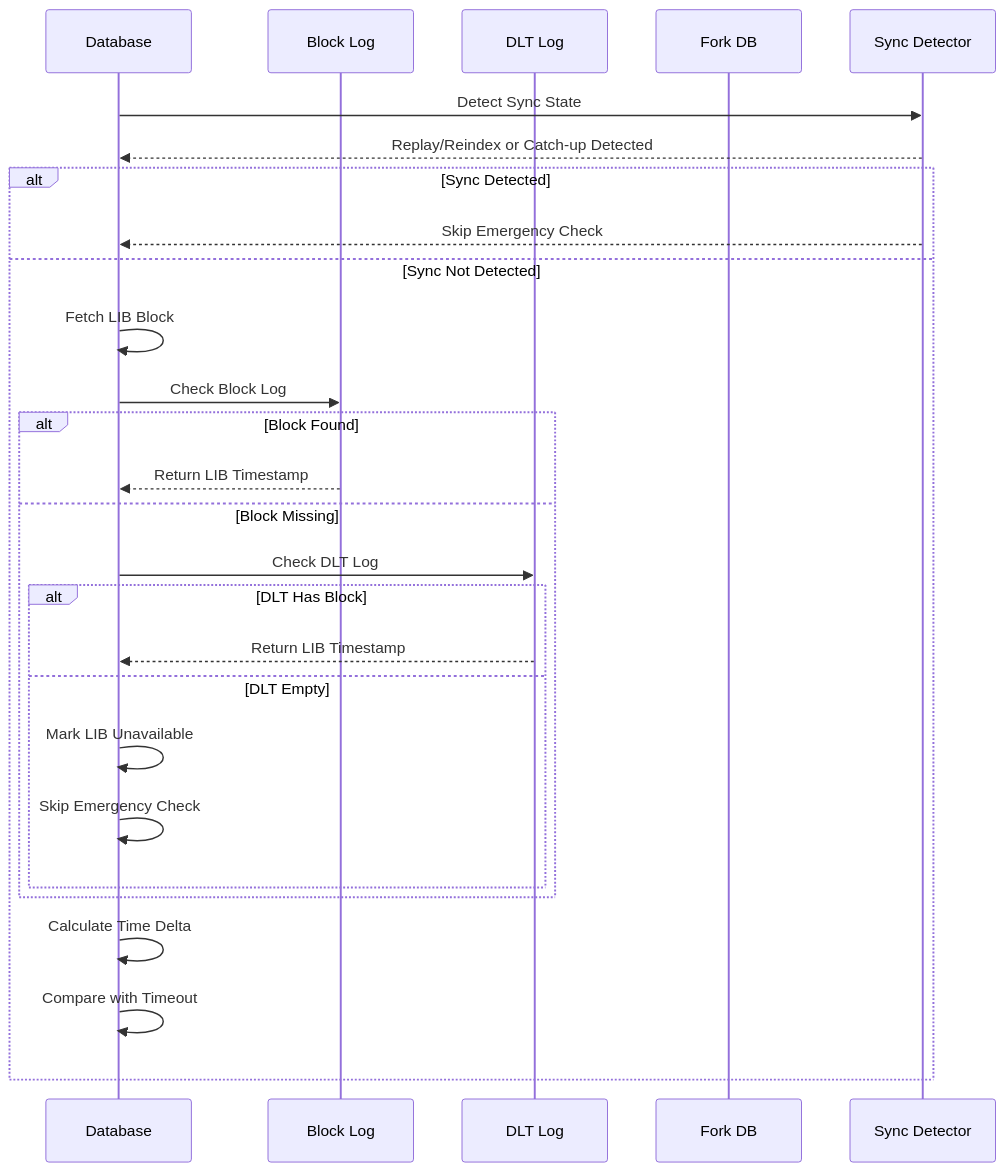
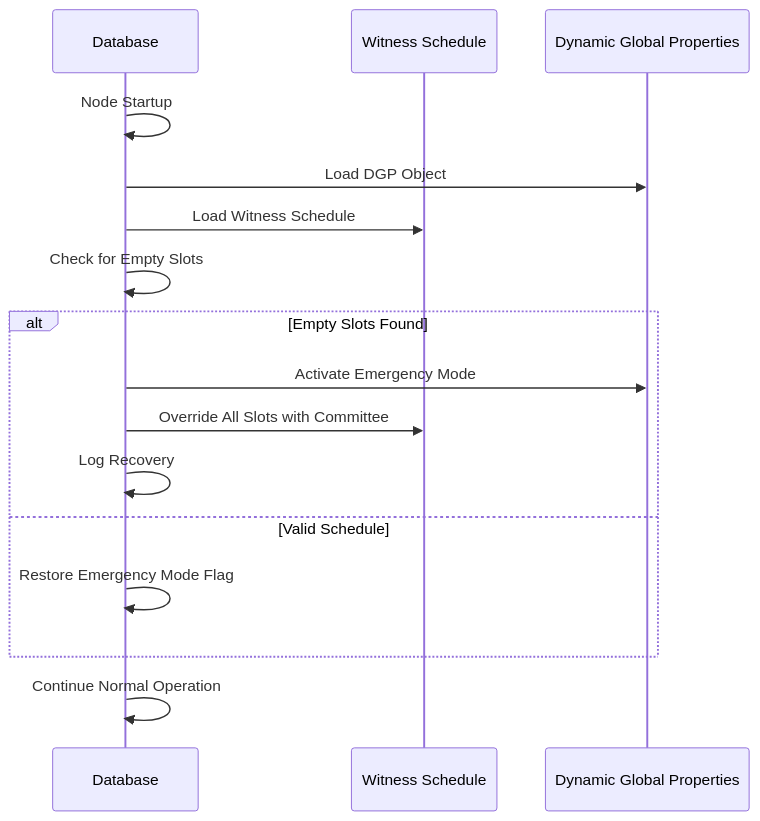
The fourth of 9 diagrams in .qoder/repowiki/en/content/Core Libraries/Emergency Consensus System.md (VIZ-Blockchain/viz-cpp-node), drawn with Mermaid before and after one commit. The commit also changed other lines of this file and 7 other files, not shown here.

First line of the commit message:
feat(dlt_block_log): enhance Windows compatibility and automatic gap recovery

````diff
--- a/.qoder/repowiki/en/content/Core Libraries/Emergency Consensus System.md
+++ b/.qoder/repowiki/en/content/Core Libraries/Emergency Consensus System.md
@@ -242,29 +239,18 @@
 ```mermaid
 sequenceDiagram
 participant DB as Database
-participant BL as Block Log
-participant DLT as DLT Log
-participant FD as Fork DB
-participant SD as Sync Detector
-DB->>SD : Detect Sync State
-SD-->>DB : Replay/Reindex or Catch-up Detected
-alt Sync Detected
-SD-->>DB : Skip Emergency Check
-else Sync Not Detected
-DB->>DB : Fetch LIB Block
-DB->>BL : Check Block Log
-alt Block Found
-BL-->>DB : Return LIB Timestamp
-else Block Missing
-DB->>DLT : Check DLT Log
-alt DLT Has Block
-DLT-->>DB : Return LIB Timestamp
-else DLT Empty
-DB->>DB : Mark LIB Unavailable
-DB->>DB : Skip Emergency Check
+participant WSO as Witness Schedule
+participant DGP as Dynamic Global Properties
+DB->>DB : Node Startup
+DB->>DGP : Load DGP Object
+DB->>WSO : Load Witness Schedule
+DB->>DB : Check for Empty Slots
+alt Empty Slots Found
+DB->>DGP : Activate Emergency Mode
+DB->>WSO : Override All Slots with Committee
+DB->>DB : Log Recovery
+else Valid Schedule
+DB->>DB : Restore Emergency Mode Flag
 end
-end
-DB->>DB : Calculate Time Delta
-DB->>DB : Compare with Timeout
-end
+DB->>DB : Continue Normal Operation
 ```
````
